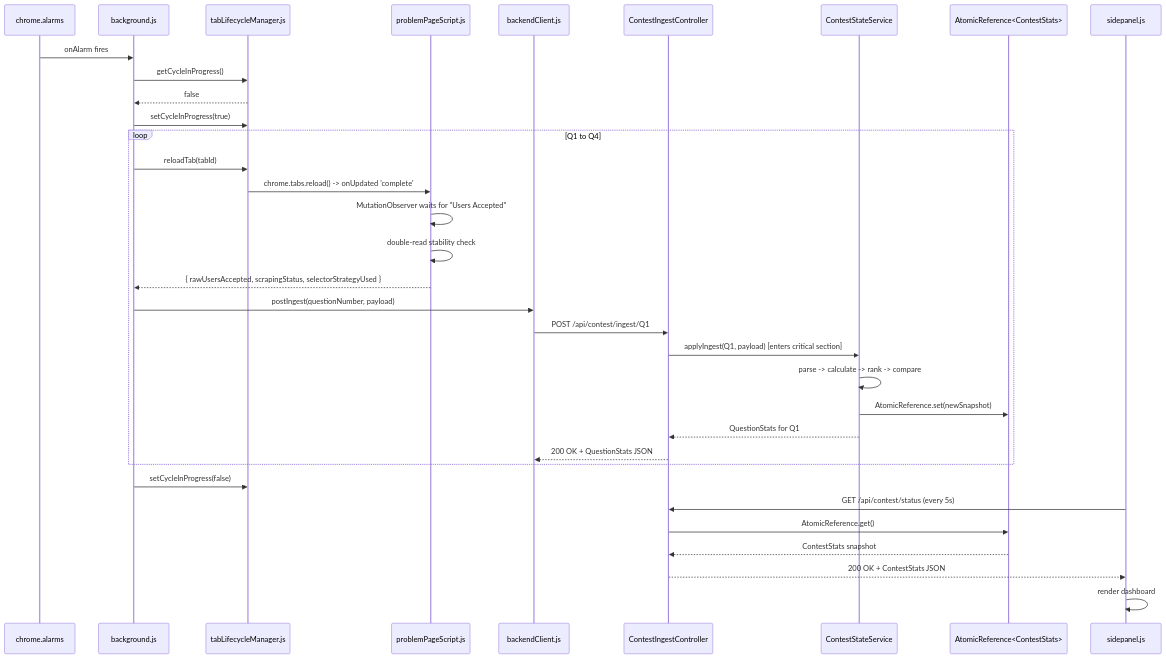
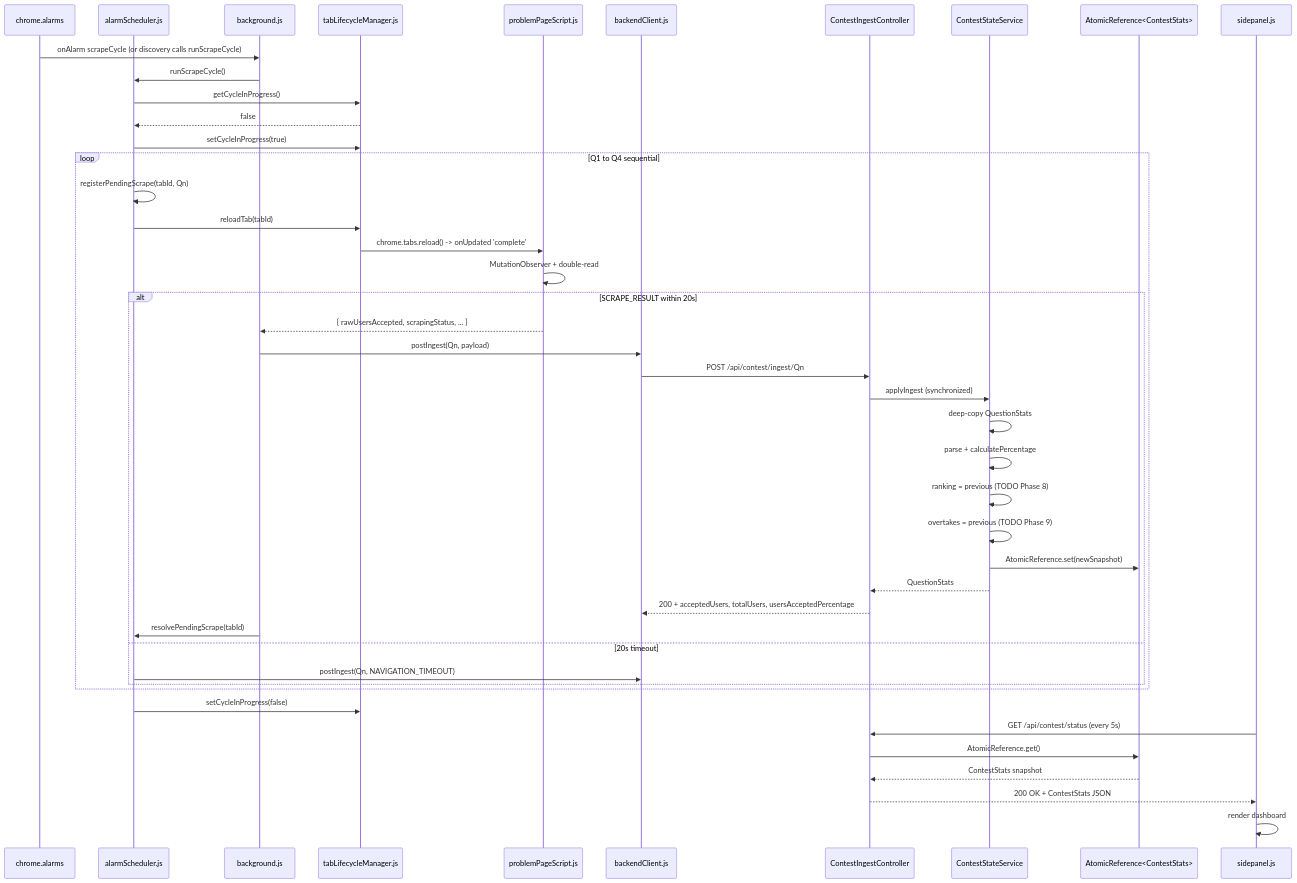
One commit to TLEtoAC/LC-Extension changed the diagram in FLOW.md. Above: the diagram before and after it, drawn with Mermaid. The commit also changed other lines of this file and 5 other files, not shown here.

First line of the commit message:
docs(phase6): record scrape cycle, critical section, and ADRs 014–019

````diff
--- a/FLOW.md
+++ b/FLOW.md
@@ -26,37 +28,47 @@
 ```mermaid
 sequenceDiagram
     participant Alarm as chrome.alarms
+    participant AS as alarmScheduler.js
     participant BG as background.js
     participant TLM as tabLifecycleManager.js
     participant CS as problemPageScript.js
     participant BC as backendClient.js
     participant API as ContestIngestController
     participant SVC as ContestStateService
     participant REF as AtomicReference<ContestStats>
     participant SP as sidepanel.js
 
-    Alarm->>BG: onAlarm fires
-    BG->>TLM: getCycleInProgress()
-    TLM-->>BG: false
-    BG->>TLM: setCycleInProgress(true)
-    loop Q1 to Q4
-        BG->>TLM: reloadTab(tabId)
+    Alarm->>BG: onAlarm scrapeCycle (or discovery calls runScrapeCycle)
+    BG->>AS: runScrapeCycle()
+    AS->>TLM: getCycleInProgress()
+    TLM-->>AS: false
+    AS->>TLM: setCycleInProgress(true)
+    loop Q1 to Q4 sequential
+        AS->>AS: registerPendingScrape(tabId, Qn)
+        AS->>TLM: reloadTab(tabId)
         TLM->>CS: chrome.tabs.reload() -> onUpdated 'complete'
-        CS->>CS: MutationObserver waits for "Users Accepted"
-        CS->>CS: double-read stability check
-        CS-->>BG: { rawUsersAccepted, scrapingStatus, selectorStrategyUsed }
-        BG->>BC: postIngest(questionNumber, payload)
-        BC->>API: POST /api/contest/ingest/Q1
-        API->>SVC: applyIngest(Q1, payload) [enters critical section]
-        SVC->>SVC: parse -> calculate -> rank -> compare
-        SVC->>REF: AtomicReference.set(newSnapshot)
-        SVC-->>API: QuestionStats for Q1
-        API-->>BC: 200 OK + QuestionStats JSON
+        CS->>CS: MutationObserver + double-read
+        alt SCRAPE_RESULT within 20s
+            CS-->>BG: { rawUsersAccepted, scrapingStatus, ... }
+            BG->>BC: postIngest(Qn, payload)
+            BC->>API: POST /api/contest/ingest/Qn
+            API->>SVC: applyIngest (synchronized)
+            SVC->>SVC: deep-copy QuestionStats
+            SVC->>SVC: parse + calculatePercentage
+            SVC->>SVC: ranking = previous (TODO Phase 8)
+            SVC->>SVC: overtakes = previous (TODO Phase 9)
+            SVC->>REF: AtomicReference.set(newSnapshot)
+            SVC-->>API: QuestionStats
+            API-->>BC: 200 + acceptedUsers, totalUsers, usersAcceptedPercentage
+            BG->>AS: resolvePendingScrape(tabId)
+        else 20s timeout
+            AS->>BC: postIngest(Qn, NAVIGATION_TIMEOUT)
+        end
     end
-    BG->>TLM: setCycleInProgress(false)
+    AS->>TLM: setCycleInProgress(false)
     SP->>API: GET /api/contest/status (every 5s)
     API->>REF: AtomicReference.get()
     REF-->>API: ContestStats snapshot
     API-->>SP: 200 OK + ContestStats JSON
     SP->>SP: render dashboard
 ```
````
